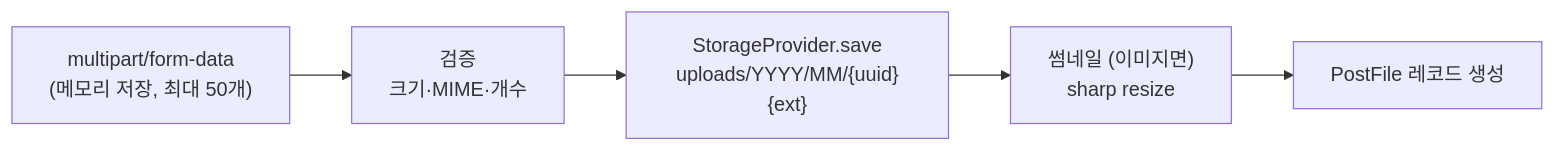
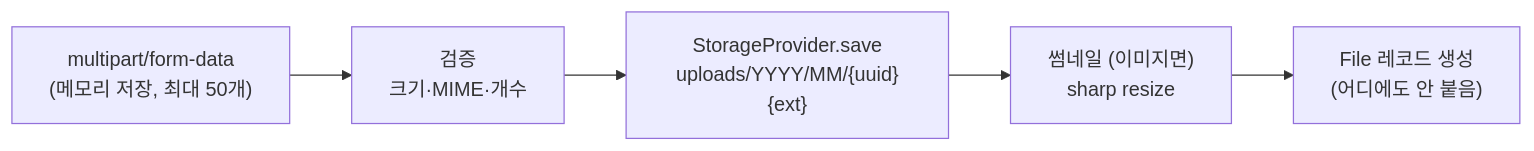
One commit to RLidea/weaver2 changed the diagram in docs/handbook/06-uploads.md. Above: the diagram before and after it, drawn with Mermaid. The commit also changed other lines of this file and 5 other files, not shown here.

````diff
--- a/docs/handbook/06-uploads.md
+++ b/docs/handbook/06-uploads.md
@@ -34,7 +38,7 @@
 ```mermaid
 flowchart LR
     REQ["multipart/form-data<br/>(메모리 저장, 최대 50개)"] --> V["검증<br/>크기·MIME·개수"]
     V --> S["StorageProvider.save<br/>uploads/YYYY/MM/{uuid}{ext}"]
     S --> T["썸네일 (이미지면)<br/>sharp resize"]
-    T --> D["PostFile 레코드 생성"]
+    T --> D["File 레코드 생성<br/>(어디에도 안 붙음)"]
 ```
````
